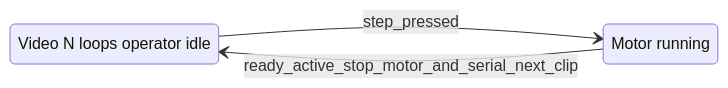
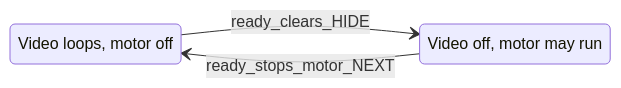
The fourth of 6 diagrams in PLAN.md (mosbuma/aap-time), drawn with Mermaid before and after one commit. The commit also changed other lines of this file and 7 other files, not shown here.

Commit message:
Update PLAN.md and JIP rail controller firmware to reflect Phase 2 changes, including new serial commands for video synchronization (`NEXT` and `HIDE`). Marked Phase 1 tasks as completed and refined button functionality in the firmware for better control and clarity.

````diff
--- a/PLAN.md
+++ b/PLAN.md
@@ -190,8 +190,8 @@
 ```mermaid
 stateDiagram-v2
   direction LR
-  state "Video N loops operator idle" as Idle
-  state "Motor running" as Run
-  Idle --> Run: step_pressed
-  Run --> Idle: ready_active_stop_motor_and_serial_next_clip
+  state "Video loops, motor off" as Showing
+  state "Video off, motor may run" as DarkMove
+  Showing --> DarkMove: ready_clears_HIDE
+  DarkMove --> Showing: ready_stops_motor_NEXT
 ```
````
